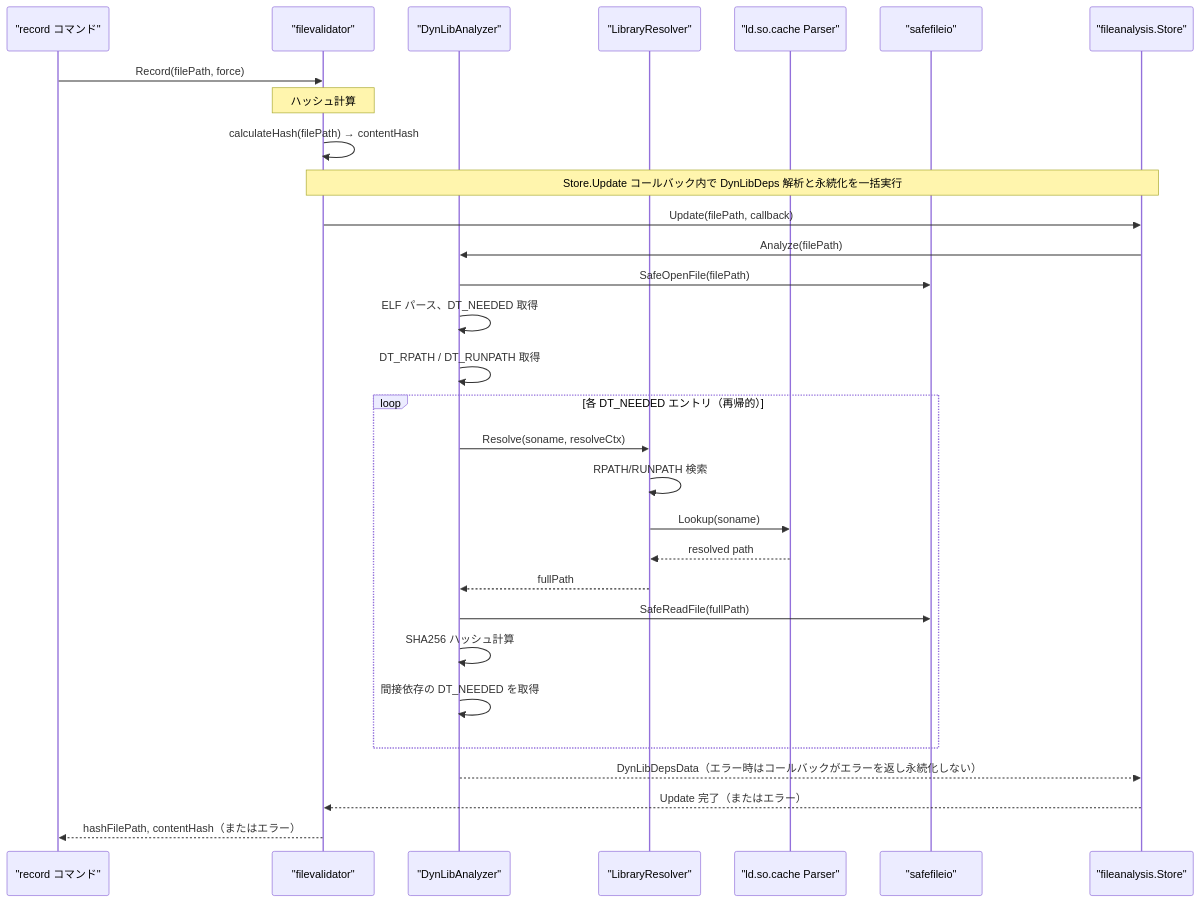
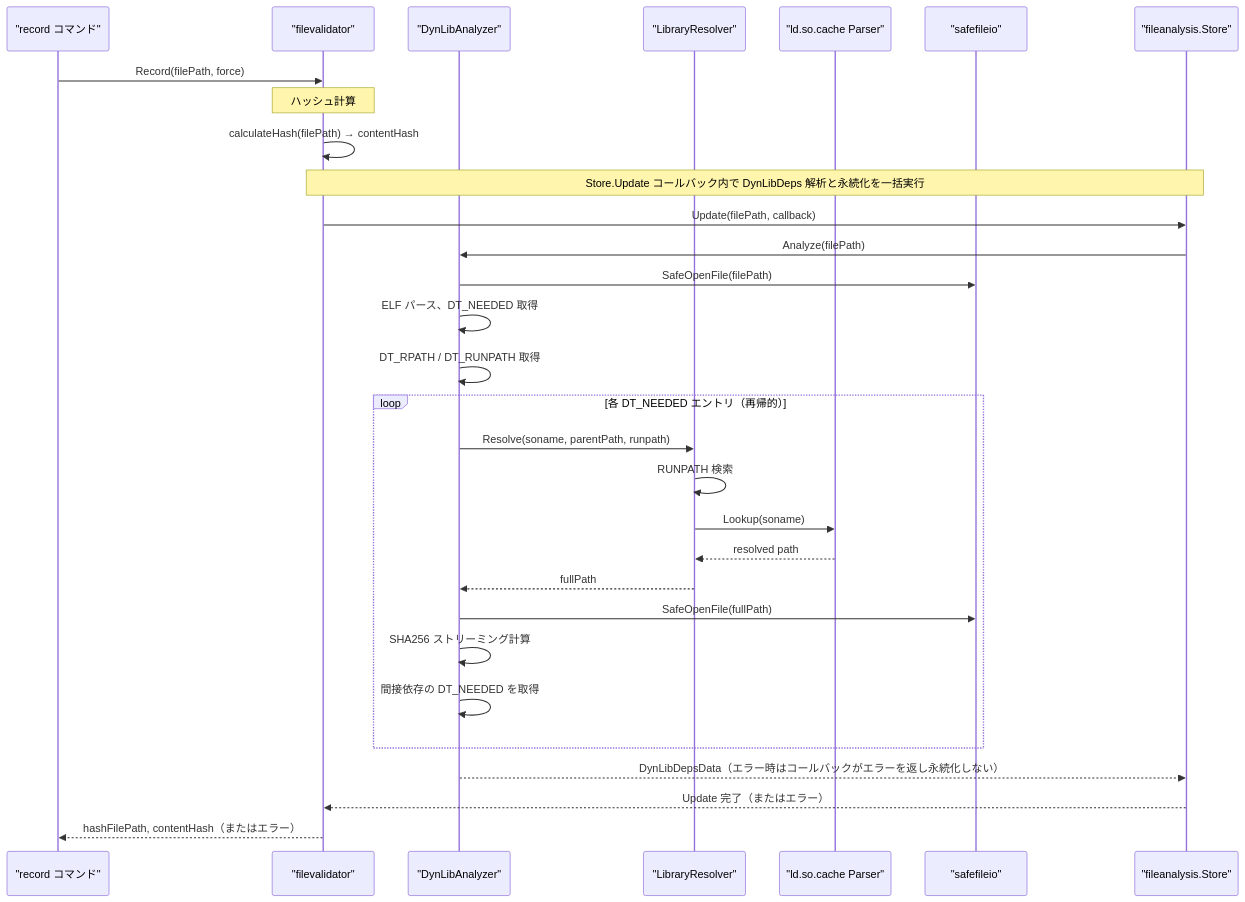
One commit to isseis/go-safe-cmd-runner changed the third of 11 diagrams in docs/tasks/0074_elf_dynlib_integrity/02_architecture.md. Above: the diagram before and after it, drawn with Mermaid. The commit also changed other lines of this file and 3 other files, not shown here.

First line of the commit message:
Update task docs to reflect CurrentSchemaVersion=2 and no-Stage-2 design

````diff
--- a/docs/tasks/0074_elf_dynlib_integrity/02_architecture.md
+++ b/docs/tasks/0074_elf_dynlib_integrity/02_architecture.md
@@ -118,37 +117,37 @@
 ```mermaid
 sequenceDiagram
     participant RC as "record コマンド"
     participant FV as "filevalidator"
     participant DLA as "DynLibAnalyzer"
     participant LR as "LibraryResolver"
     participant LDC as "ld.so.cache Parser"
     participant SFO as "safefileio"
     participant FAS as "fileanalysis.Store"
 
     RC->>FV: Record(filePath, force)
     Note over FV: ハッシュ計算
     FV->>FV: calculateHash(filePath) → contentHash
 
     Note over FV,FAS: Store.Update コールバック内で DynLibDeps 解析と永続化を一括実行
     FV->>FAS: Update(filePath, callback)
 
     FAS->>DLA: Analyze(filePath)
     DLA->>SFO: SafeOpenFile(filePath)
     DLA->>DLA: ELF パース、DT_NEEDED 取得
     DLA->>DLA: DT_RPATH / DT_RUNPATH 取得
 
     loop 各 DT_NEEDED エントリ（再帰的）
-        DLA->>LR: Resolve(soname, resolveCtx)
-        LR->>LR: RPATH/RUNPATH 検索
+        DLA->>LR: Resolve(soname, parentPath, runpath)
+        LR->>LR: RUNPATH 検索
         LR->>LDC: Lookup(soname)
         LDC-->>LR: resolved path
         LR-->>DLA: fullPath
-        DLA->>SFO: SafeReadFile(fullPath)
-        DLA->>DLA: SHA256 ハッシュ計算
+        DLA->>SFO: SafeOpenFile(fullPath)
+        DLA->>DLA: SHA256 ストリーミング計算
         DLA->>DLA: 間接依存の DT_NEEDED を取得
     end
 
     DLA-->>FAS: DynLibDepsData（エラー時はコールバックがエラーを返し永続化しない）
     FAS-->>FV: Update 完了（またはエラー）
     FV-->>RC: hashFilePath, contentHash（またはエラー）
 ```
````
